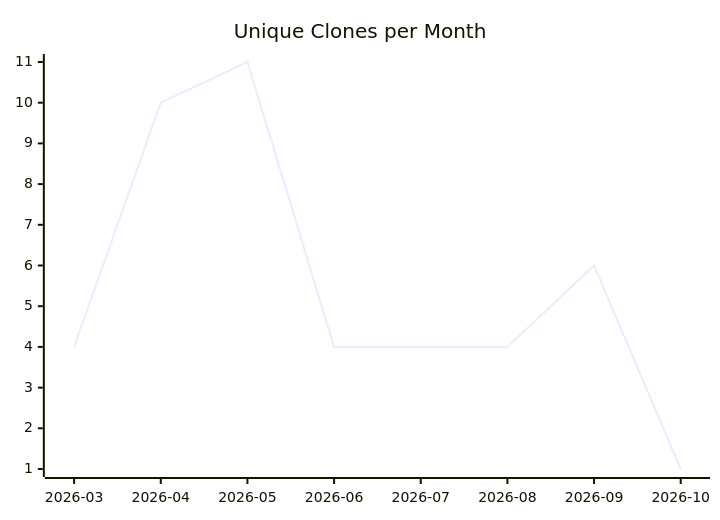
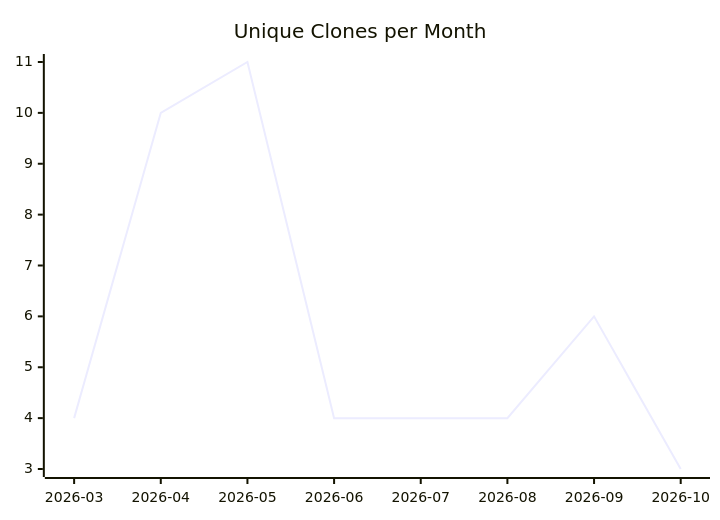
Before and after one commit to justdavis-family/github-analytics-data: the third of 3 diagrams in karlmdavis/workstation-base-ansible-role/README.md, drawn with Mermaid. The commit also changed other lines of this file and 203 other files, not shown here.

````diff
--- a/karlmdavis/workstation-base-ansible-role/README.md
+++ b/karlmdavis/workstation-base-ansible-role/README.md
@@ -19,6 +19,6 @@
 ```mermaid
 xychart-beta
   title "Unique Clones per Month"
   x-axis ["2026-03", "2026-04", "2026-05", "2026-06", "2026-07", "2026-08", "2026-09", "2026-10"]
-  line [4, 10, 11, 4, 4, 4, 6, 1]
+  line [4, 10, 11, 4, 4, 4, 6, 3]
 ```
````
